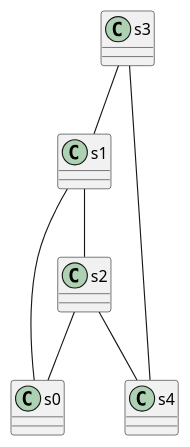
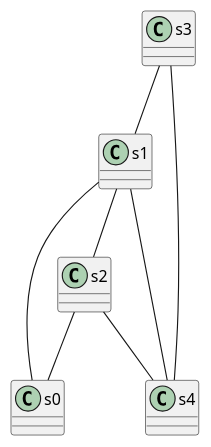
The diagram in src/parkiran/test0.puml (billymontolalu/thesis), drawn with PlantUML before and after one commit. The commit also changed 18 other files, not shown here.

```diff
--- a/src/parkiran/test0.puml
+++ b/src/parkiran/test0.puml
@@ -1,8 +1,9 @@
 @startuml
 s1 -- s0
 s3 -- s1
 s3 -- s4
 s2 -- s4
 s2 -- s0
 s1 -- s2
+s4 -- s1
 @enduml
```
